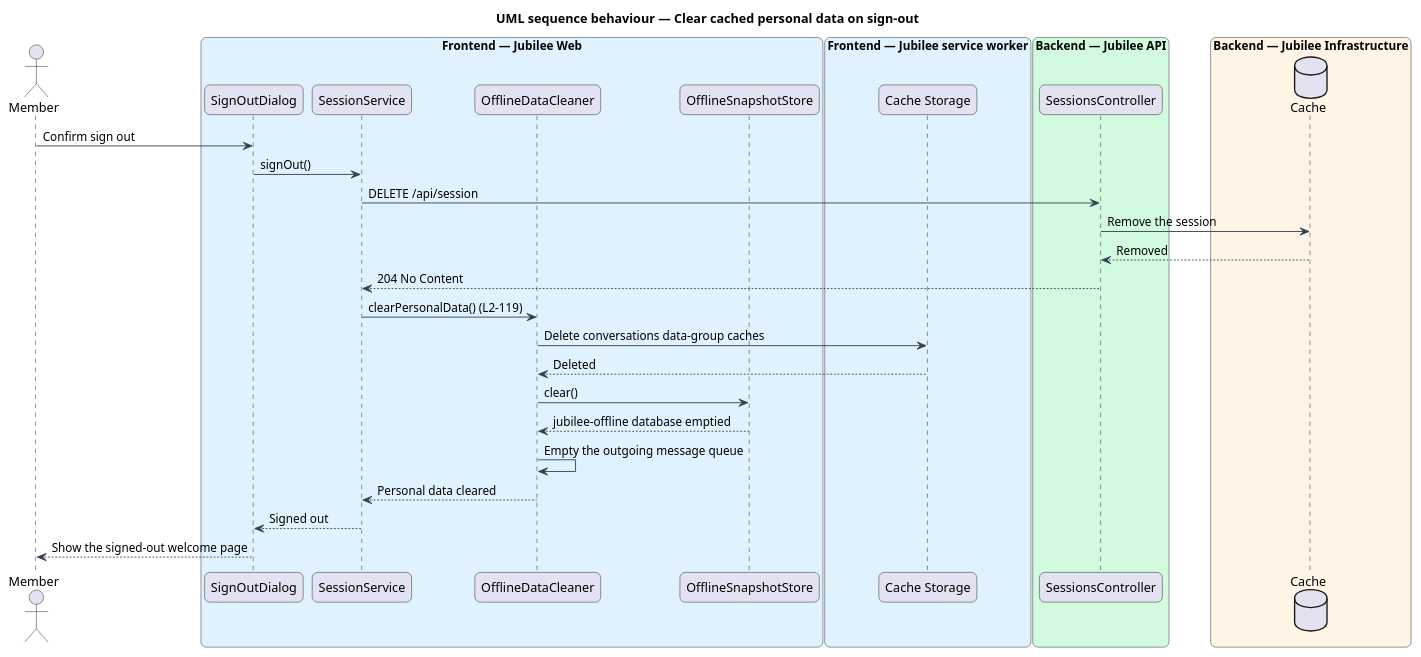
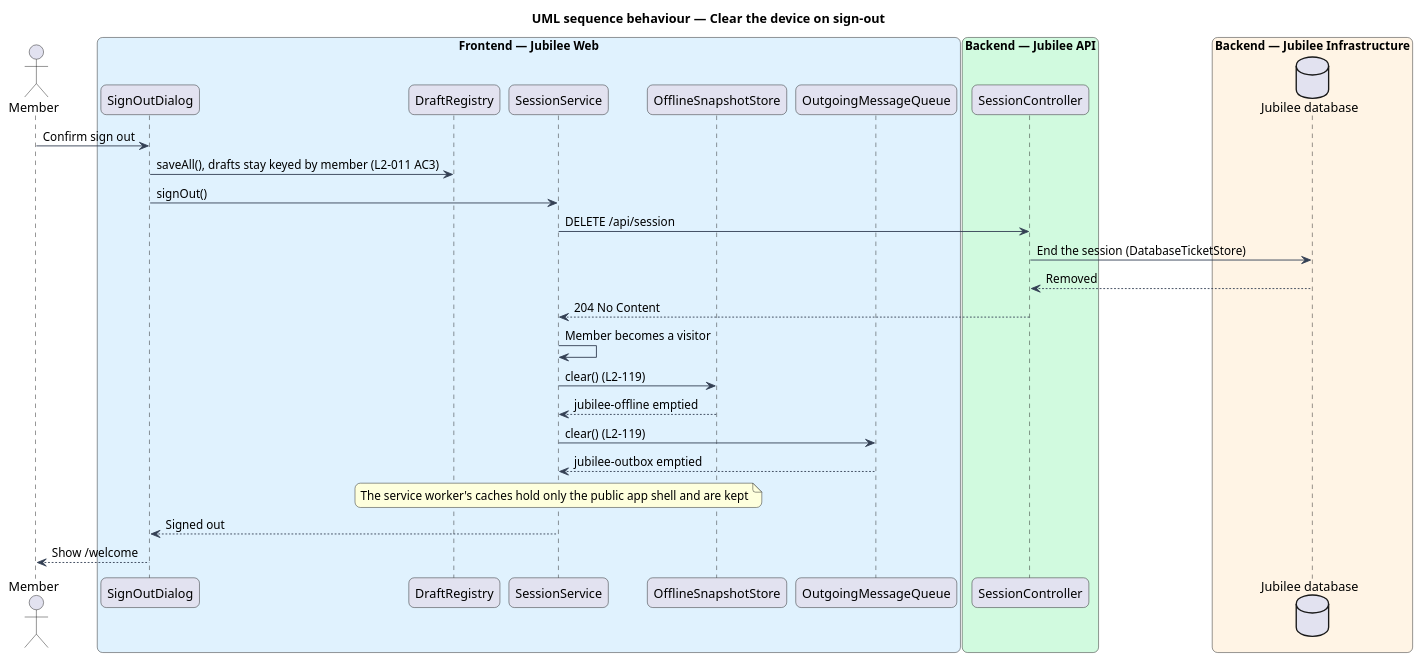
One commit to QuinntyneBrown/jubilee changed the diagram in docs/detailed-designs/offline/browse-offline/diagrams/sequence-clear-on-sign-out.puml. Above: the diagram before and after it, drawn with PlantUML. The commit also changed 50 other files, not shown here.

```diff
--- a/docs/detailed-designs/offline/browse-offline/diagrams/sequence-clear-on-sign-out.puml
+++ b/docs/detailed-designs/offline/browse-offline/diagrams/sequence-clear-on-sign-out.puml
@@ -1,48 +1,46 @@
 @startuml
-title UML sequence behaviour — Clear cached personal data on sign-out
+title UML sequence behaviour — Clear the device on sign-out
 skinparam backgroundColor #FFFFFF
 skinparam shadowing false
 skinparam roundcorner 12
 skinparam defaultFontName Arial
 skinparam ArrowColor #344054
 skinparam rectangle {
   BorderColor #344054
   FontColor #101828
 }
 skinparam package {
   BorderColor #667085
   FontColor #101828
   BackgroundColor #F9FAFB
 }
 actor "Member" as actor
 box "Frontend — Jubilee Web" #E0F2FE
   participant "SignOutDialog" as dialog
+  participant "DraftRegistry" as drafts
   participant "SessionService" as session
-  participant "OfflineDataCleaner" as cleaner
   participant "OfflineSnapshotStore" as snap
-end box
-box "Frontend — Jubilee service worker" #E0F2FE
-  participant "Cache Storage" as caches
+  participant "OutgoingMessageQueue" as queue
 end box
 box "Backend — Jubilee API" #D1FADF
-  participant "SessionsController" as controller
+  participant "SessionController" as controller
 end box
 box "Backend — Jubilee Infrastructure" #FFF4E5
-  database "Cache" as redis
+  database "Jubilee database" as db
 end box
 actor -> dialog : Confirm sign out
+dialog -> drafts : saveAll(), drafts stay keyed by member (L2-011 AC3)
 dialog -> session : signOut()
 session -> controller : DELETE /api/session
-controller -> redis : Remove the session
-redis --> controller : Removed
+controller -> db : End the session (DatabaseTicketStore)
+db --> controller : Removed
 controller --> session : 204 No Content
-session -> cleaner : clearPersonalData() (L2-119)
-cleaner -> caches : Delete conversations data-group caches
-caches --> cleaner : Deleted
-cleaner -> snap : clear()
-snap --> cleaner : jubilee-offline database emptied
-cleaner -> cleaner : Empty the outgoing message queue
-cleaner --> session : Personal data cleared
+session -> session : Member becomes a visitor
+session -> snap : clear() (L2-119)
+snap --> session : jubilee-offline emptied
+session -> queue : clear() (L2-119)
+queue --> session : jubilee-outbox emptied
+note over session : The service worker's caches hold only the public app shell and are kept
 session --> dialog : Signed out
-dialog --> actor : Show the signed-out welcome page
+dialog --> actor : Show /welcome
 @enduml
```
